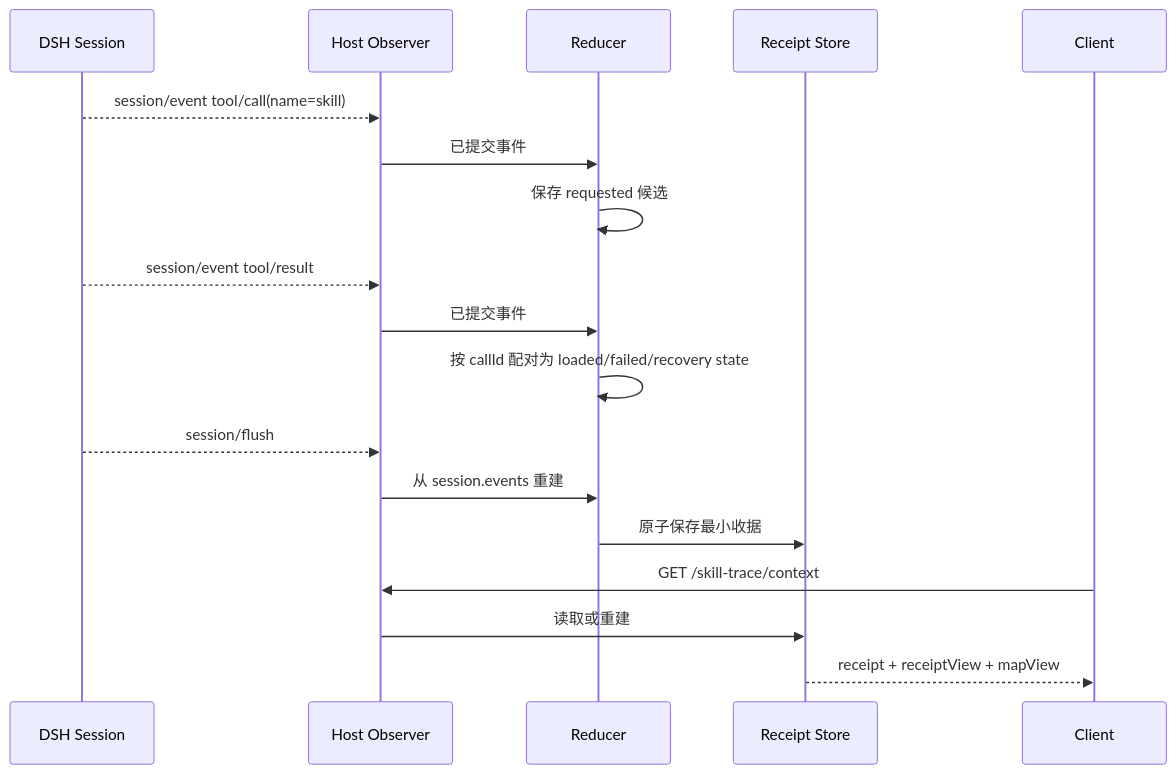
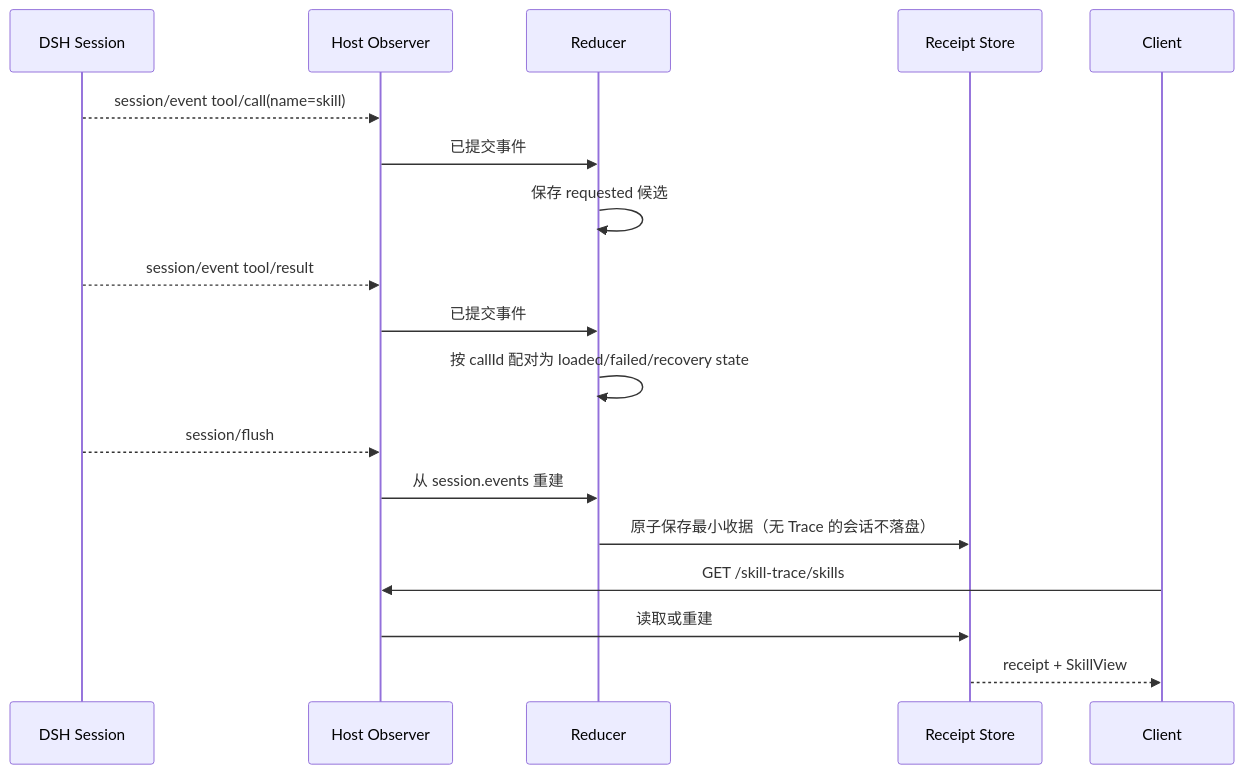
Before and after one commit to PolinniZhong/dsh-skill-intelligence: the second of 3 diagrams in 05-technical-design.md, drawn with Mermaid. The commit also changed other lines of this file and 5 other files, not shown here.

````diff
--- a/05-technical-design.md
+++ b/05-technical-design.md
@@ -60,21 +114,21 @@
 ```mermaid
 sequenceDiagram
     participant D as DSH Session
     participant H as Host Observer
     participant R as Reducer
     participant S as Receipt Store
     participant C as Client
 
     D-->>H: session/event tool/call(name=skill)
     H->>R: 已提交事件
     R->>R: 保存 requested 候选
     D-->>H: session/event tool/result
     H->>R: 已提交事件
     R->>R: 按 callId 配对为 loaded/failed/recovery state
     D-->>H: session/flush
     H->>R: 从 session.events 重建
-    R->>S: 原子保存最小收据
-    C->>H: GET /skill-trace/context
+    R->>S: 原子保存最小收据（无 Trace 的会话不落盘）
+    C->>H: GET /skill-trace/skills
     H->>S: 读取或重建
-    S-->>C: receipt + receiptView + mapView
+    S-->>C: receipt + SkillView
 ```
````
